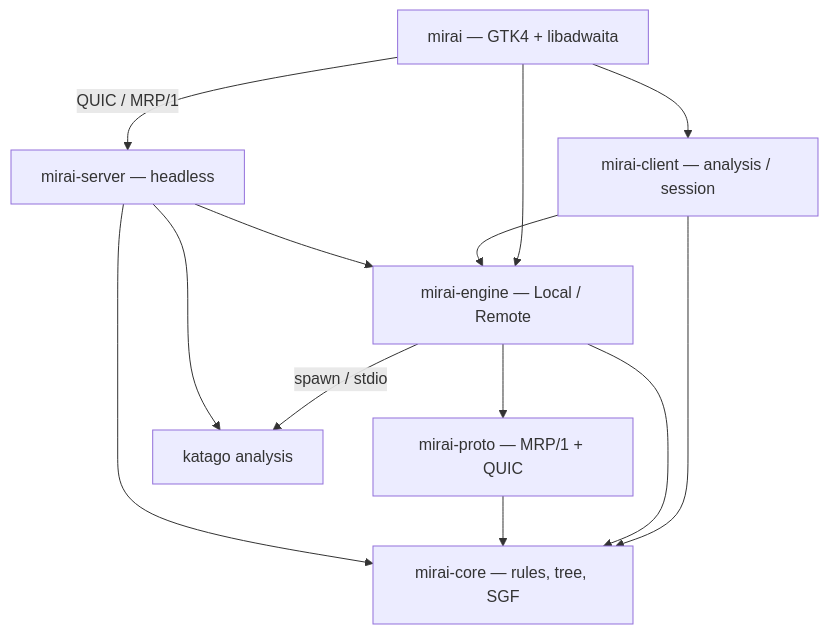
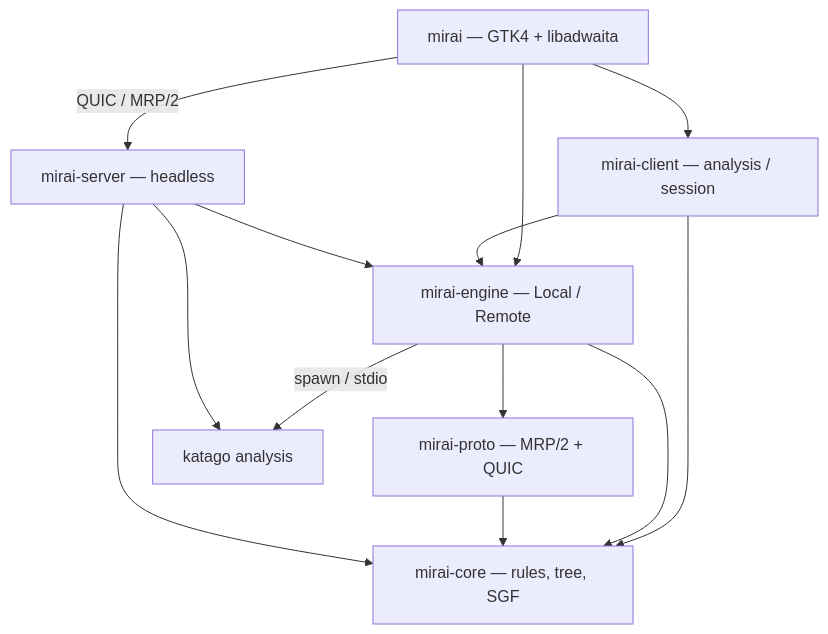
The first of 4 diagrams in docs/dev/ARCHITECTURE.md (zhaob1n/mirai), drawn with Mermaid before and after one commit. The commit also changed other lines of this file and 18 other files, not shown here.

First line of the commit message:
mirai-proto: move to MRP/2

````diff
--- a/docs/dev/ARCHITECTURE.md
+++ b/docs/dev/ARCHITECTURE.md
@@ -31,23 +31,23 @@
 ```mermaid
 flowchart TB
     gtk["mirai — GTK4 + libadwaita"]
     client["mirai-client — analysis / session"]
     engine["mirai-engine — Local / Remote"]
-    proto["mirai-proto — MRP/1 + QUIC"]
+    proto["mirai-proto — MRP/2 + QUIC"]
     core["mirai-core — rules, tree, SGF"]
     server["mirai-server — headless"]
     katago["katago analysis"]
 
     gtk --> client
     gtk --> engine
     client --> engine
     client --> core
     engine --> proto
     engine --> core
     proto --> core
     server --> engine
     server --> core
     engine -->|"spawn / stdio"| katago
-    gtk -->|"QUIC / MRP/1"| server
+    gtk -->|"QUIC / MRP/2"| server
     server --> katago
 ```
````
